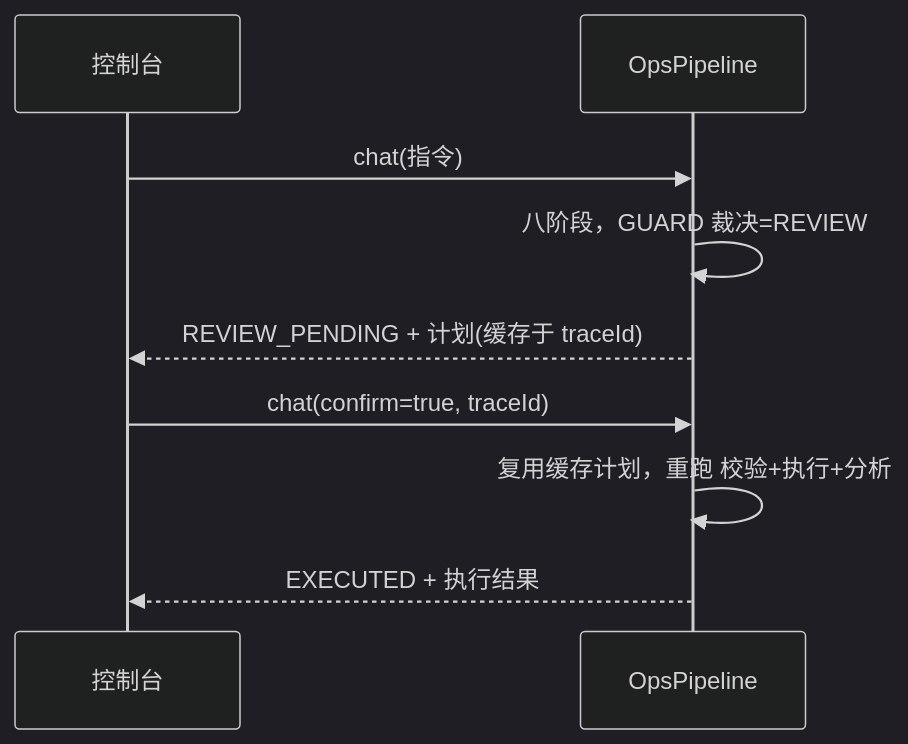
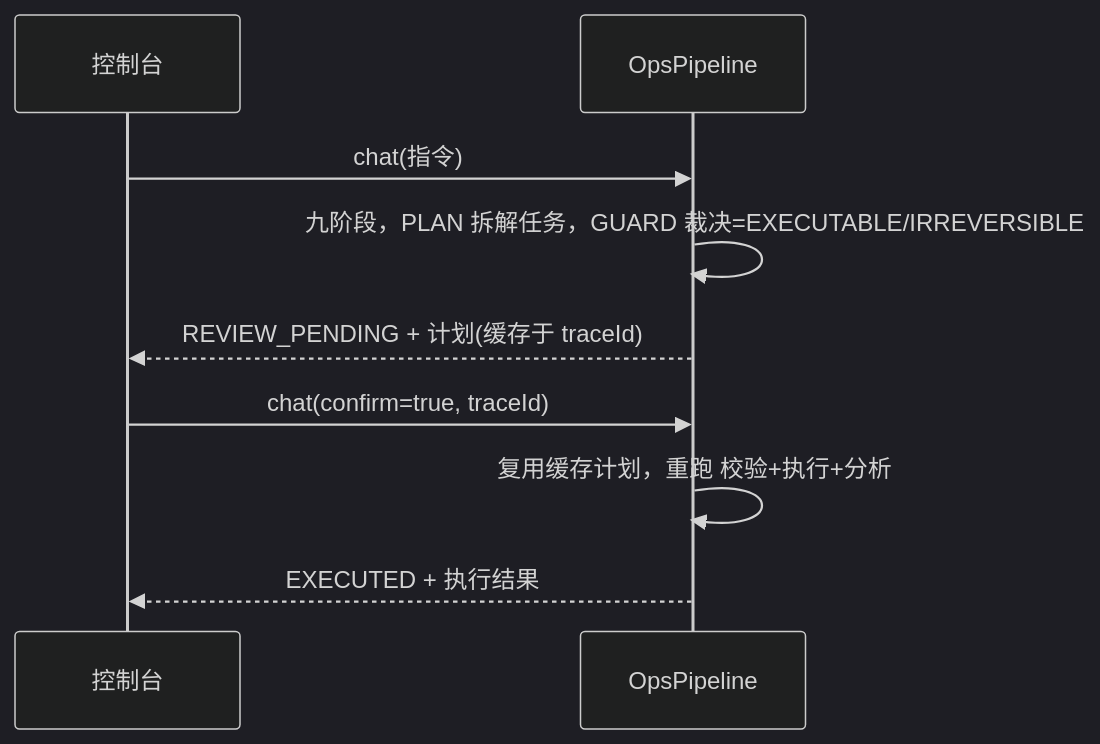
One commit to anothersunset/softbei changed the second of 2 diagrams in docs/02-功能设计.md. Above: the diagram before and after it, drawn with Mermaid (dark theme). The commit also changed other lines of this file and 62 other files, not shown here.

````diff
--- a/docs/02-功能设计.md
+++ b/docs/02-功能设计.md
@@ -118,11 +126,11 @@
 ```mermaid
 sequenceDiagram
     participant U as 控制台
     participant P as OpsPipeline
     U->>P: chat(指令)
-    P->>P: 八阶段，GUARD 裁决=REVIEW
+    P->>P: 九阶段，PLAN 拆解任务，GUARD 裁决=EXECUTABLE/IRREVERSIBLE
     P-->>U: REVIEW_PENDING + 计划(缓存于 traceId)
     U->>P: chat(confirm=true, traceId)
     P->>P: 复用缓存计划，重跑 校验+执行+分析
     P-->>U: EXECUTED + 执行结果
 ```
````
